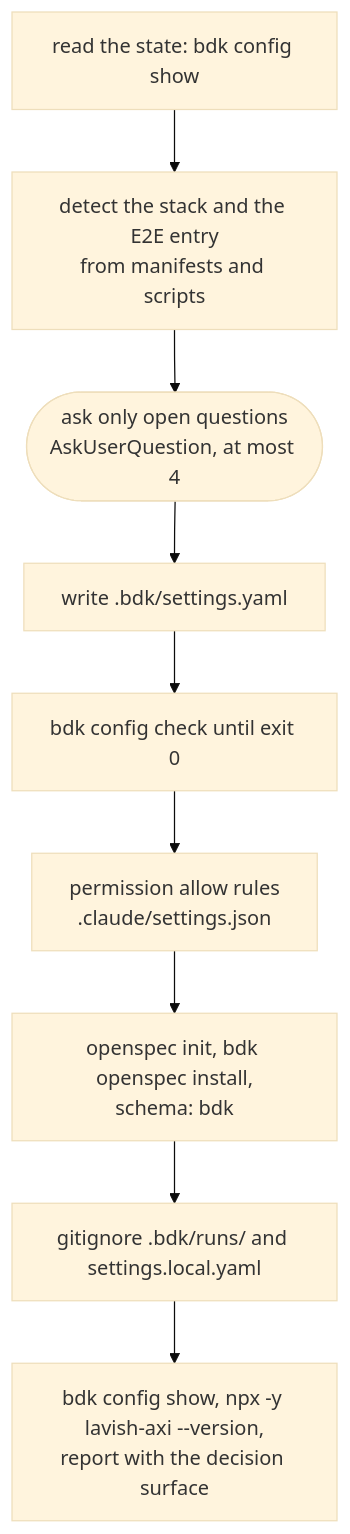
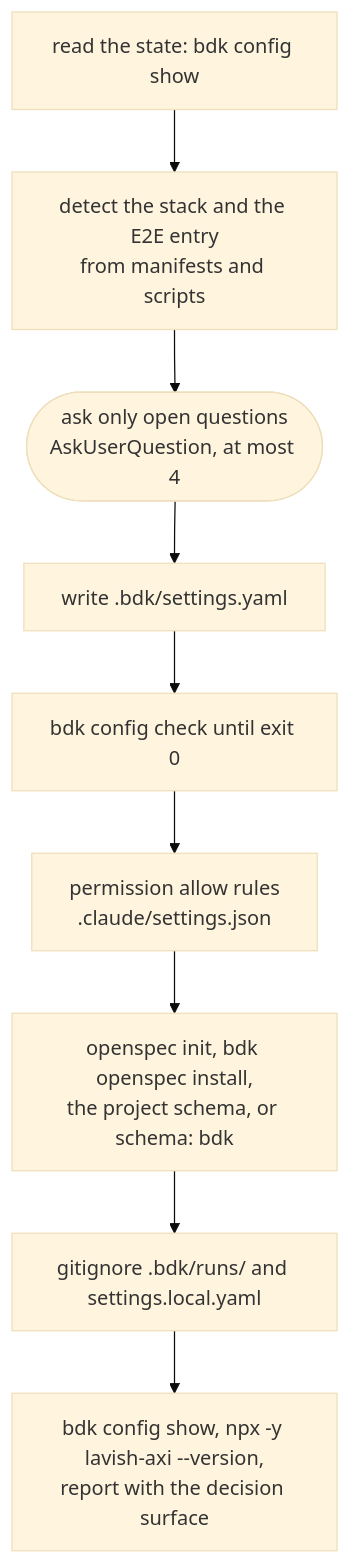
Before and after one commit to broneq/bdk: the first of 15 diagrams in docs/concepts/orchestrators.md, drawn with Mermaid (base theme). The commit also changed other lines of this file and 88 other files, not shown here.

````diff
--- a/docs/concepts/orchestrators.md
+++ b/docs/concepts/orchestrators.md
@@ -11,11 +11,11 @@
 ```mermaid
 flowchart TB
   S1["read the state: bdk config show"] --> S2["detect the stack and the E2E entry<br/>from manifests and scripts"]
   S2 --> S3(["ask only open questions<br/>AskUserQuestion, at most 4"])
   S3 --> S4["write .bdk/settings.yaml"]
   S4 --> S5["bdk config check until exit 0"]
   S5 --> S6["permission allow rules<br/>.claude/settings.json"]
-  S6 --> S7["openspec init, bdk openspec install,<br/>schema: bdk"]
+  S6 --> S7["openspec init, bdk openspec install,<br/>the project schema, or schema: bdk"]
   S7 --> S8["gitignore .bdk/runs/ and settings.local.yaml"]
   S8 --> S9["bdk config show, npx -y lavish-axi --version,<br/>report with the decision surface"]
 ```
````
